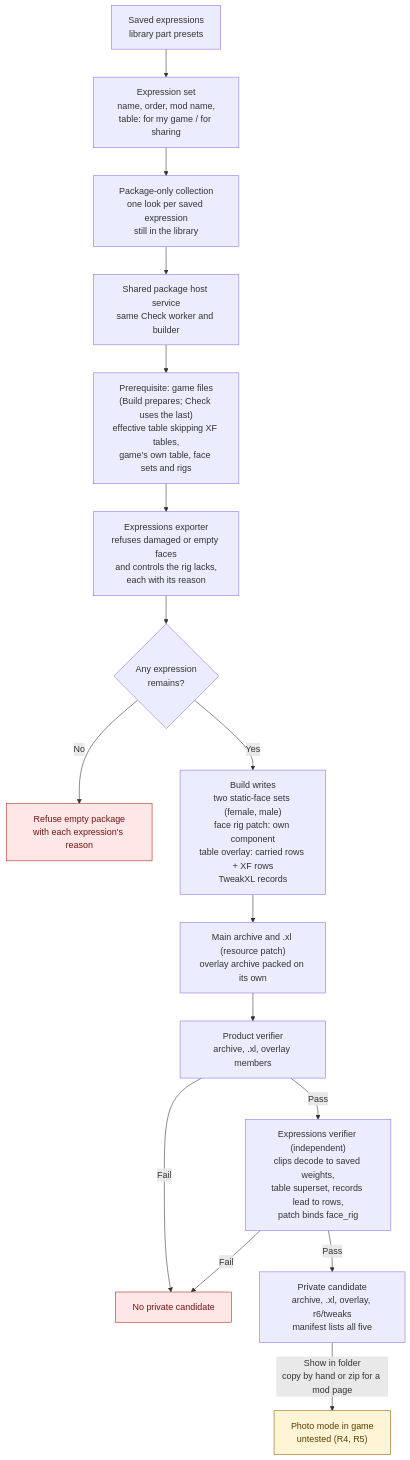
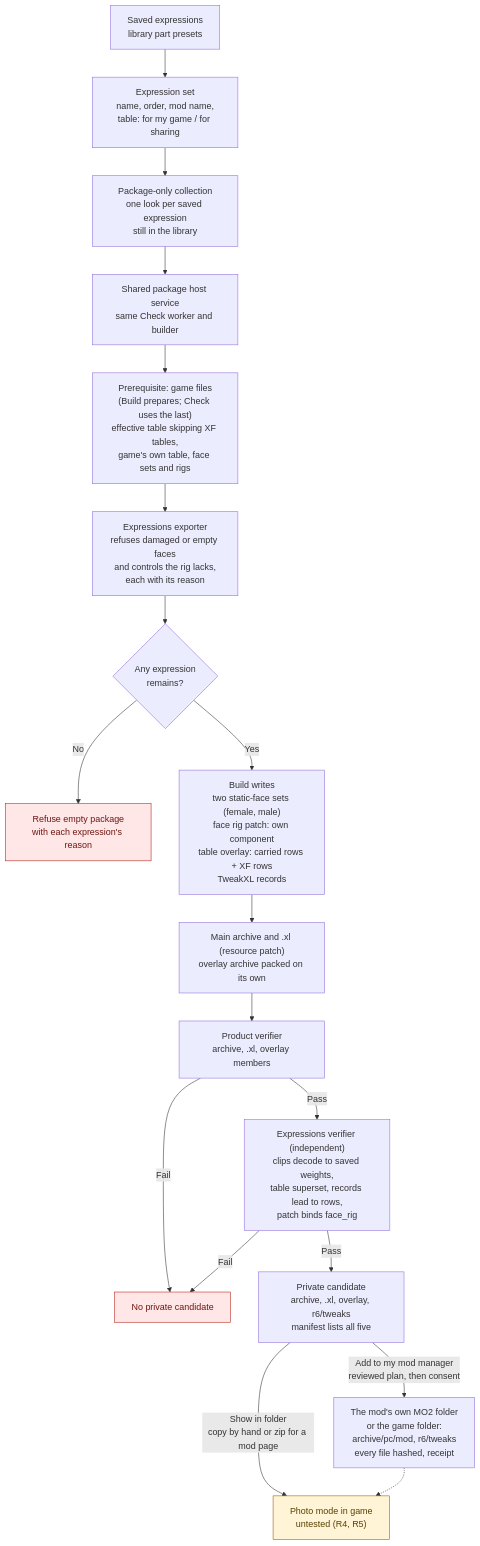
One commit to axefrog/xf-studio changed the third of 4 diagrams in research/authoring/studio-to-mod-pipeline.md. Above: the diagram before and after it, drawn with Mermaid. The commit also changed other lines of this file and 15 other files, not shown here.

First line of the commit message:
Expression sets: Add to my mod manager after a verified Build; unknown-kind refusal reachable

````diff
--- a/research/authoring/studio-to-mod-pipeline.md
+++ b/research/authoring/studio-to-mod-pipeline.md
@@ -118,23 +118,25 @@
 ```mermaid
 flowchart TB
   saved["Saved expressions<br/>library part presets"] --> set["Expression set<br/>name, order, mod name,<br/>table: for my game / for sharing"]
   set --> pkg["Package-only collection<br/>one look per saved expression<br/>still in the library"]
   pkg --> hostsvc["Shared package host service<br/>same Check worker and builder"]
   hostsvc --> prereq["Prerequisite: game files<br/>(Build prepares; Check uses the last)<br/>effective table skipping XF tables,<br/>game's own table, face sets and rigs"]
   prereq --> exporter["Expressions exporter<br/>refuses damaged or empty faces<br/>and controls the rig lacks,<br/>each with its reason"]
   exporter --> ok{"Any expression<br/>remains?"}
   ok -- No --> refuse["Refuse empty package<br/>with each expression's reason"]
   ok -- Yes --> write["Build writes<br/>two static-face sets (female, male)<br/>face rig patch: own component<br/>table overlay: carried rows + XF rows<br/>TweakXL records"]
   write --> pack["Main archive and .xl (resource patch)<br/>overlay archive packed on its own"]
   pack --> pverify["Product verifier<br/>archive, .xl, overlay members"]
   pverify -- Fail --> stop["No private candidate"]
   pverify -- Pass --> fverify["Expressions verifier (independent)<br/>clips decode to saved weights,<br/>table superset, records lead to rows,<br/>patch binds face_rig"]
   fverify -- Fail --> stop
   fverify -- Pass --> candidate["Private candidate<br/>archive, .xl, overlay, r6/tweaks<br/>manifest lists all five"]
+  candidate -- "Add to my mod manager<br/>reviewed plan, then consent" --> placed["The mod's own MO2 folder<br/>or the game folder:<br/>archive/pc/mod, r6/tweaks<br/>every file hashed, receipt"]
   candidate -- "Show in folder<br/>copy by hand or zip for a mod page" --> runtime["Photo mode in game<br/>untested (R4, R5)"]
+  placed -.-> runtime
 
   classDef blocked fill:#ffe7e7,stroke:#b42318,color:#6e1611;
   classDef pending fill:#fff4d6,stroke:#946200,color:#594000;
   class refuse,stop blocked;
   class runtime pending;
 ```
````
